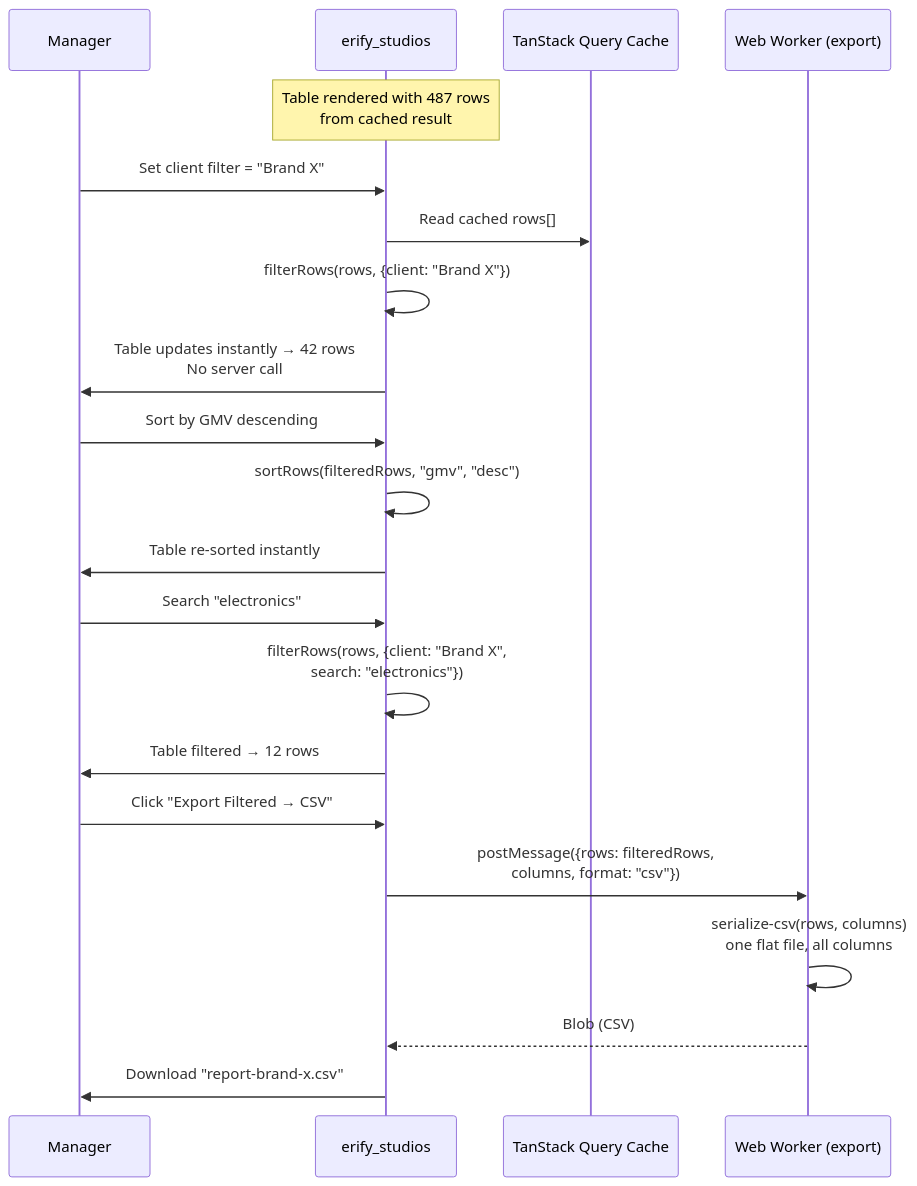
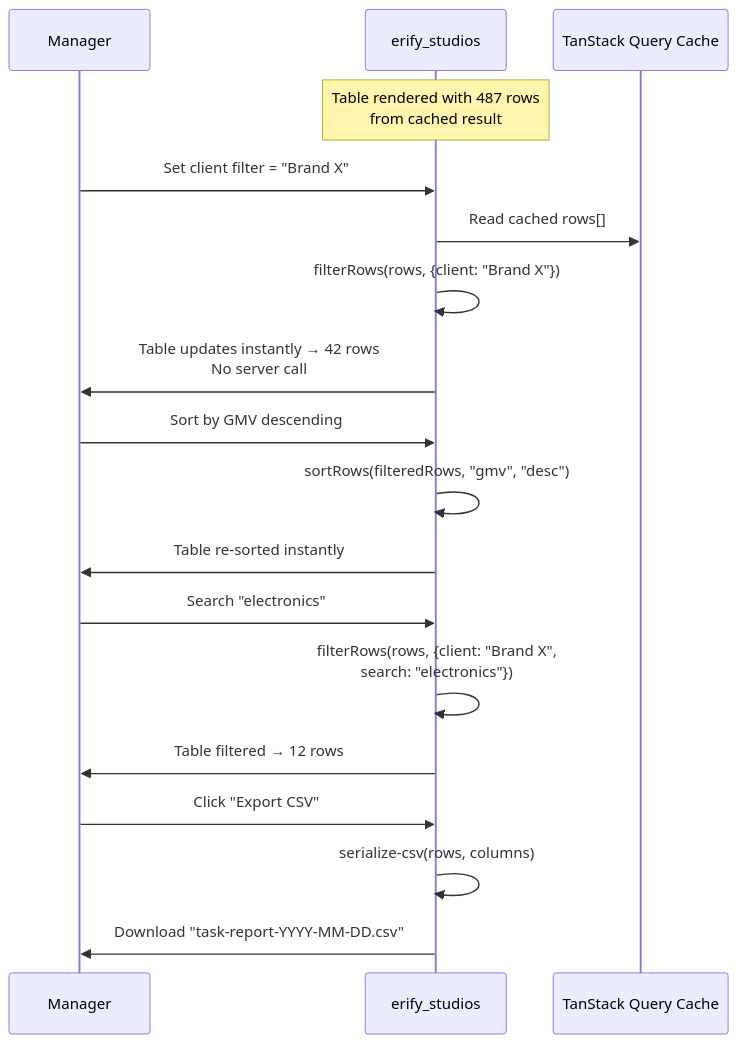
The third of 6 diagrams in apps/erify_studios/docs/design/TASK_SUBMISSION_REPORTING_DESIGN.md (allenlin90/eridu-services), drawn with Mermaid before and after one commit. The commit also changed other lines of this file and 123 other files, not shown here.

First line of the commit message:
feat(task-reports): task submission reporting and export engine (#16)

````diff
--- a/apps/erify_studios/docs/design/TASK_SUBMISSION_REPORTING_DESIGN.md
+++ b/apps/erify_studios/docs/design/TASK_SUBMISSION_REPORTING_DESIGN.md
@@ -154,28 +157,25 @@
 ```mermaid
 sequenceDiagram
     participant Mgr as Manager
     participant FE as erify_studios
     participant Cache as TanStack Query Cache
-    participant Worker as Web Worker (export)
 
     Note over FE: Table rendered with 487 rows<br/>from cached result
 
     Mgr->>FE: Set client filter = "Brand X"
     FE->>Cache: Read cached rows[]
     FE->>FE: filterRows(rows, {client: "Brand X"})
     FE->>Mgr: Table updates instantly → 42 rows<br/>No server call
 
     Mgr->>FE: Sort by GMV descending
     FE->>FE: sortRows(filteredRows, "gmv", "desc")
     FE->>Mgr: Table re-sorted instantly
 
     Mgr->>FE: Search "electronics"
     FE->>FE: filterRows(rows, {client: "Brand X",<br/>search: "electronics"})
     FE->>Mgr: Table filtered → 12 rows
 
-    Mgr->>FE: Click "Export Filtered → CSV"
-    FE->>Worker: postMessage({rows: filteredRows,<br/>columns, format: "csv"})
-    Worker->>Worker: serialize-csv(rows, columns)<br/>one flat file, all columns
-    Worker-->>FE: Blob (CSV)
-    FE->>Mgr: Download "report-brand-x.csv"
+    Mgr->>FE: Click "Export CSV"
+    FE->>FE: serialize-csv(rows, columns)
+    FE->>Mgr: Download "task-report-YYYY-MM-DD.csv"
 ```
````
